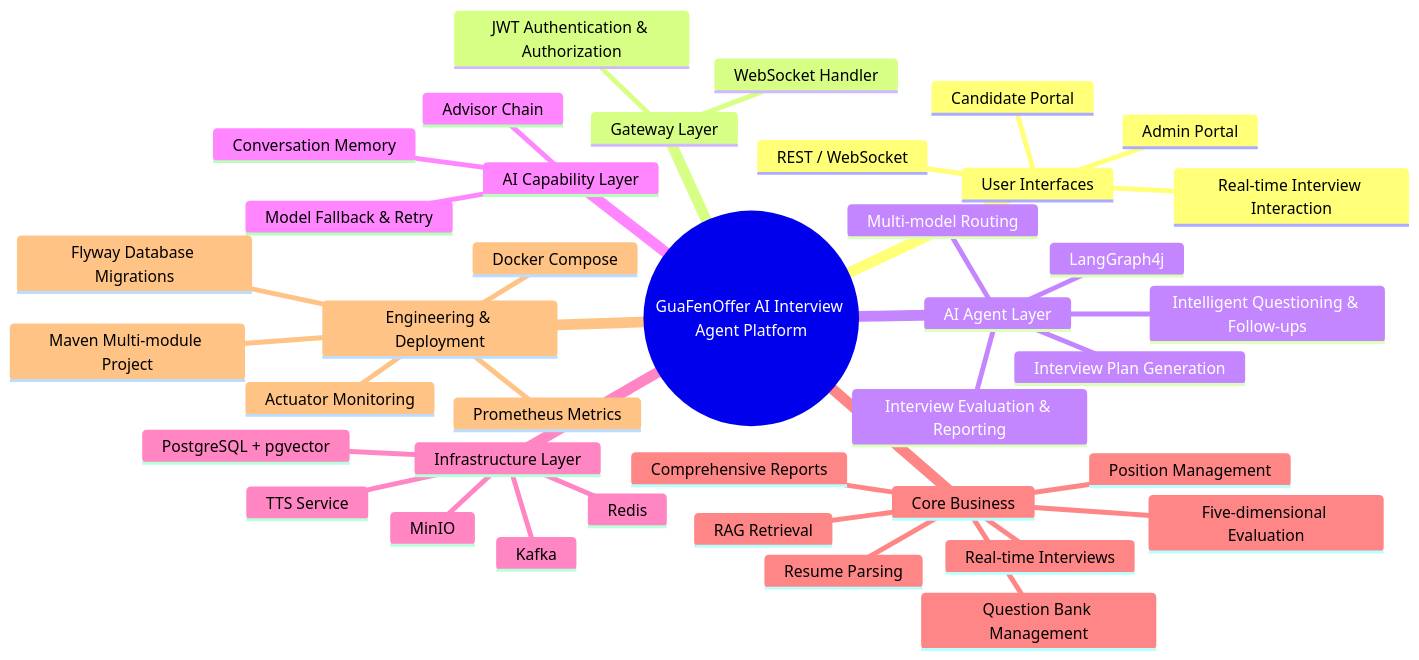
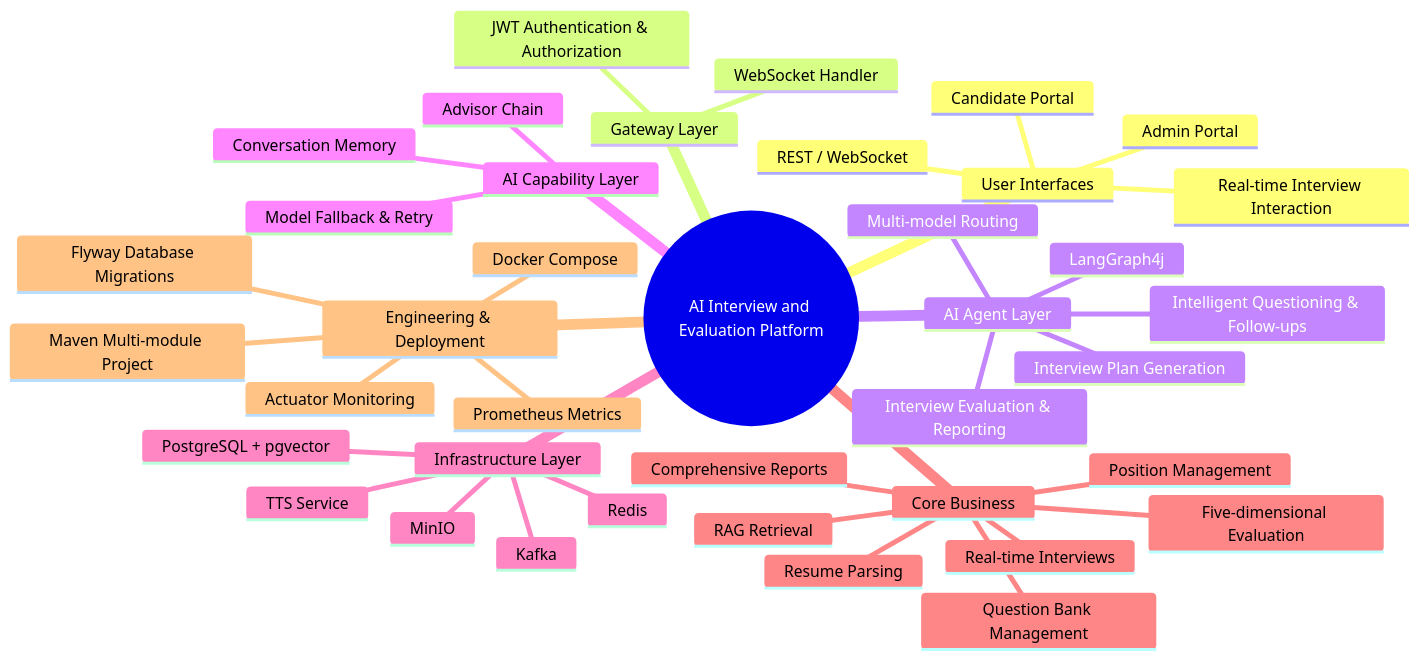
One commit to caititty/ai-interview-platform changed the diagram in README.en.md. Above: the diagram before and after it, drawn with Mermaid. The commit also changed other lines of this file and 10 other files, not shown here.

Commit message:
Refresh interview platform branding

````diff
--- a/README.en.md
+++ b/README.en.md
@@ -29,42 +31,42 @@
 ```mermaid
 mindmap
-  root((GuaFenOffer AI Interview Agent Platform))
+  root((AI Interview and Evaluation Platform))
     User Interfaces
       Admin Portal
       Candidate Portal
       REST / WebSocket
       Real-time Interview Interaction
     Gateway Layer
       WebSocket Handler
       JWT Authentication & Authorization
     AI Agent Layer
       LangGraph4j
       Interview Plan Generation
       Intelligent Questioning & Follow-ups
       Interview Evaluation & Reporting
       Multi-model Routing
     AI Capability Layer
       Advisor Chain
       Conversation Memory
       Model Fallback & Retry
     Infrastructure Layer
       PostgreSQL + pgvector
       Redis
       Kafka
       MinIO
       TTS Service
     Core Business
       Position Management
       Question Bank Management
       Resume Parsing
       RAG Retrieval
       Real-time Interviews
       Five-dimensional Evaluation
       Comprehensive Reports
     Engineering & Deployment
       Maven Multi-module Project
       Docker Compose
       Flyway Database Migrations
       Actuator Monitoring
       Prometheus Metrics
 ```
````
